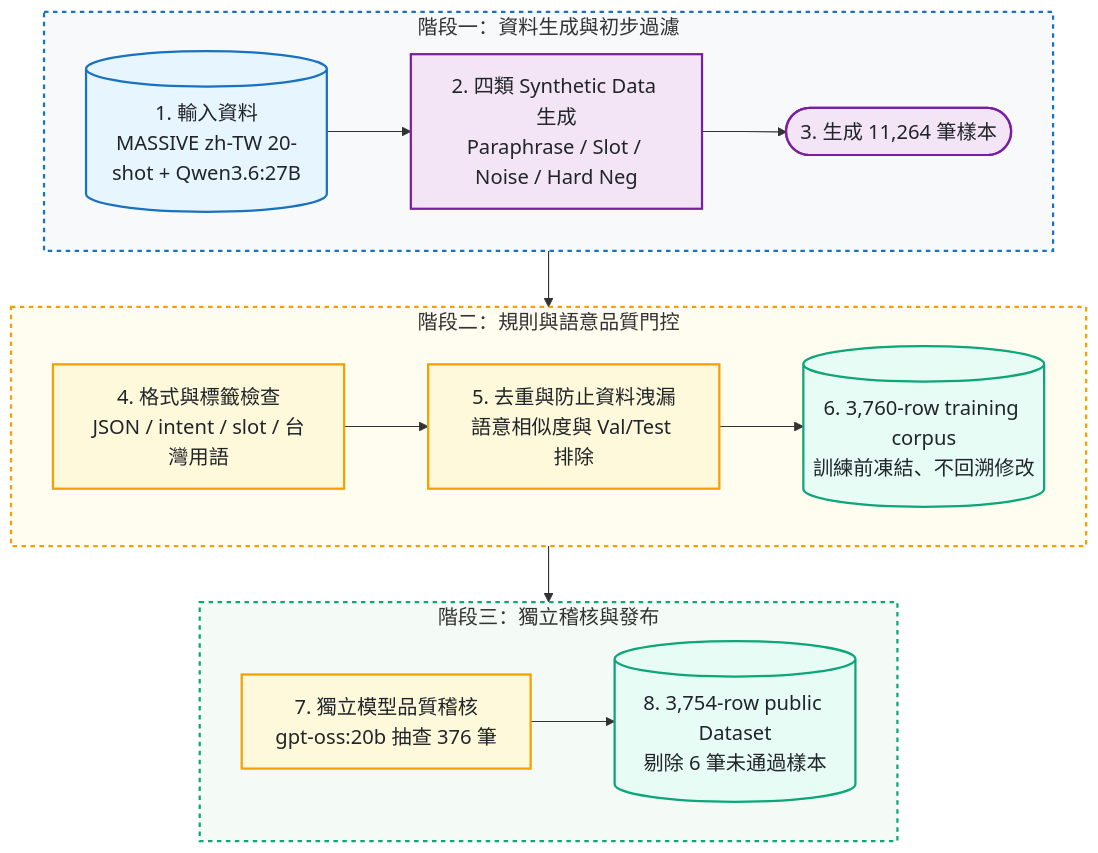
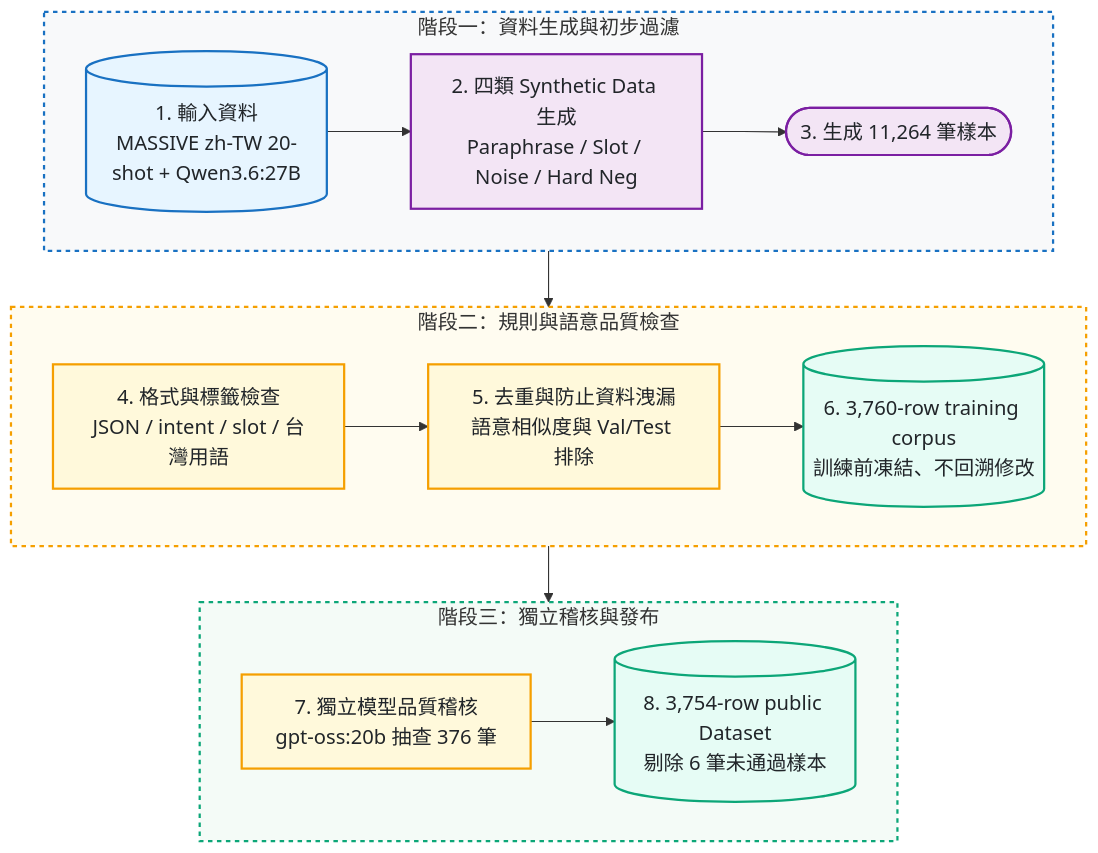
Before and after one commit to kuotunyu/FormosaNLU-Synth: the diagram in README.md, drawn with Mermaid. The commit also changed other lines of this file and 3 other files, not shown here.

````diff
--- a/README.md
+++ b/README.md
@@ -86,34 +43,28 @@
 ```mermaid
 %%{init: {'themeVariables': {'fontSize': '18px'}}}%%
 flowchart TB
     subgraph Stage1 ["階段一：資料生成與初步過濾"]
         direction LR
         Inputs[("1. 輸入資料<br/>MASSIVE zh-TW 20-shot + Qwen3.6:27B")] --> Recipes["2. 四類 Synthetic Data 生成<br/>Paraphrase / Slot / Noise / Hard Neg"] --> Generated(["3. 生成 11,264 筆樣本"])
     end
-
-    subgraph Stage2 ["階段二：規則與語意品質門控"]
+    subgraph Stage2 ["階段二：規則與語意品質檢查"]
         direction LR
         Checks["4. 格式與標籤檢查<br/>JSON / intent / slot / 台灣用語"] --> Safety["5. 去重與防止資料洩漏<br/>語意相似度與 Val/Test 排除"] --> Primary[("6. 3,760-row training corpus<br/>訓練前凍結、不回溯修改")]
     end
-
     subgraph Stage3 ["階段三：獨立稽核與發布"]
         direction LR
         Judge["7. 獨立模型品質稽核<br/>gpt-oss:20b 抽查 376 筆"] --> Public[("8. 3,754-row public Dataset<br/>剔除 6 筆未通過樣本")]
     end
-
     Stage1 --> Stage2 --> Stage3
-
     classDef srcStyle fill:#e7f5ff,stroke:#1971c2,stroke-width:2px,color:#212529
     classDef procStyle fill:#f3e5f5,stroke:#7b1fa2,stroke-width:2px,color:#212529
     classDef gateStyle fill:#fff9db,stroke:#f59f00,stroke-width:2px,color:#212529
     classDef pubStyle fill:#e6fcf5,stroke:#0ca678,stroke-width:2px,color:#212529
-
     class Inputs srcStyle
     class Recipes,Generated procStyle
     class Checks,Safety,Judge gateStyle
     class Primary,Public pubStyle
-
     style Stage1 fill:#f8f9fa,stroke:#1971c2,stroke-width:2px,stroke-dasharray: 4 4
     style Stage2 fill:#fffcf0,stroke:#f59f00,stroke-width:2px,stroke-dasharray: 4 4
     style Stage3 fill:#f4fbf7,stroke:#0ca678,stroke-width:2px,stroke-dasharray: 4 4
 ```
````
